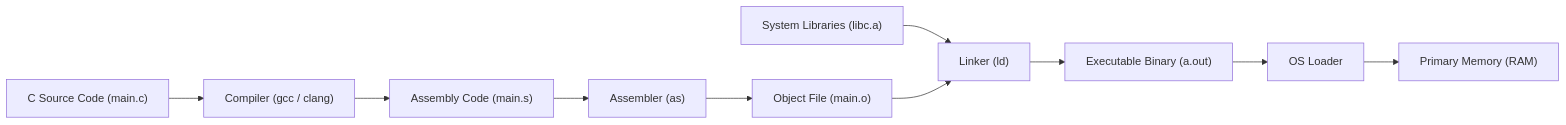
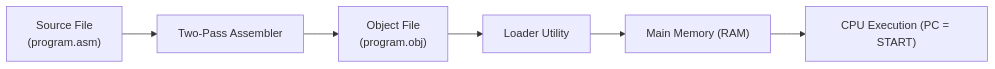
Before and after one commit to YatishGowda09/Sem-3-CSE-Notes: the fourth of 5 diagrams in DLCD/Unit 3/L05 - Assembly Language and Program Execution.md, drawn with Mermaid. The commit also changed other lines of this file and 46 other files, not shown here.

````diff
--- a/DLCD/Unit 3/L05 - Assembly Language and Program Execution.md
+++ b/DLCD/Unit 3/L05 - Assembly Language and Program Execution.md
@@ -17,12 +176,8 @@
 ```mermaid
 flowchart LR
-    C_SRC["C Source Code (main.c)"] --> COMPILER["Compiler (gcc / clang)"]
-    COMPILER --> ASM_SRC["Assembly Code (main.s)"]
-    ASM_SRC --> ASSEMBLER["Assembler (as)"]
-    ASSEMBLER --> OBJ_FILE["Object File (main.o)"]
-    LIB["System Libraries (libc.a)"] --> LINKER["Linker (ld)"]
-    OBJ_FILE --> LINKER
-    LINKER --> EXEC["Executable Binary (a.out)"]
-    EXEC --> LOADER["OS Loader"]
-    LOADER --> RAM["Primary Memory (RAM)"]
+    SRC["Source File<br/>(program.asm)"] --> ASM["Two-Pass Assembler"]
+    ASM --> OBJ["Object File<br/>(program.obj)"]
+    OBJ --> LOADER["Loader Utility"]
+    LOADER --> RAM["Main Memory (RAM)"]
+    RAM --> CPU["CPU Execution (PC = START)"]
 ```
````
